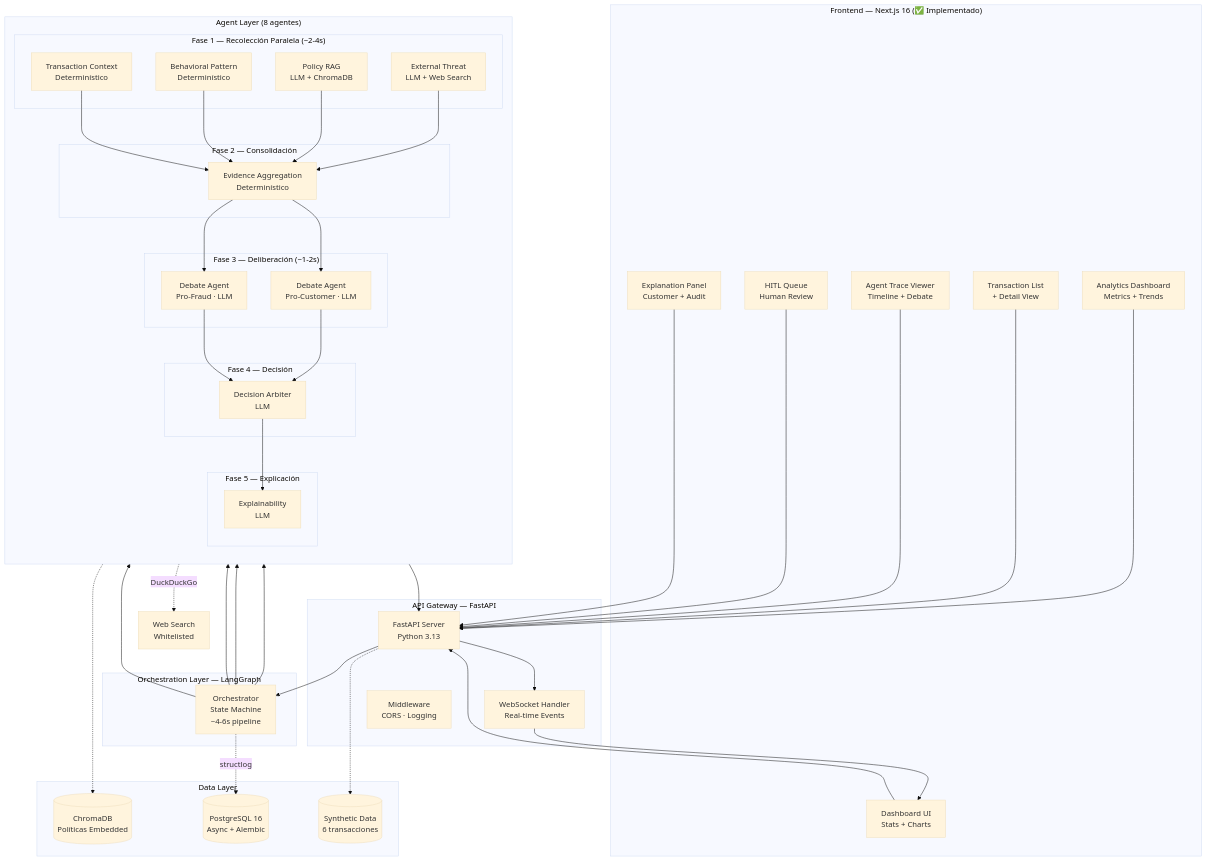
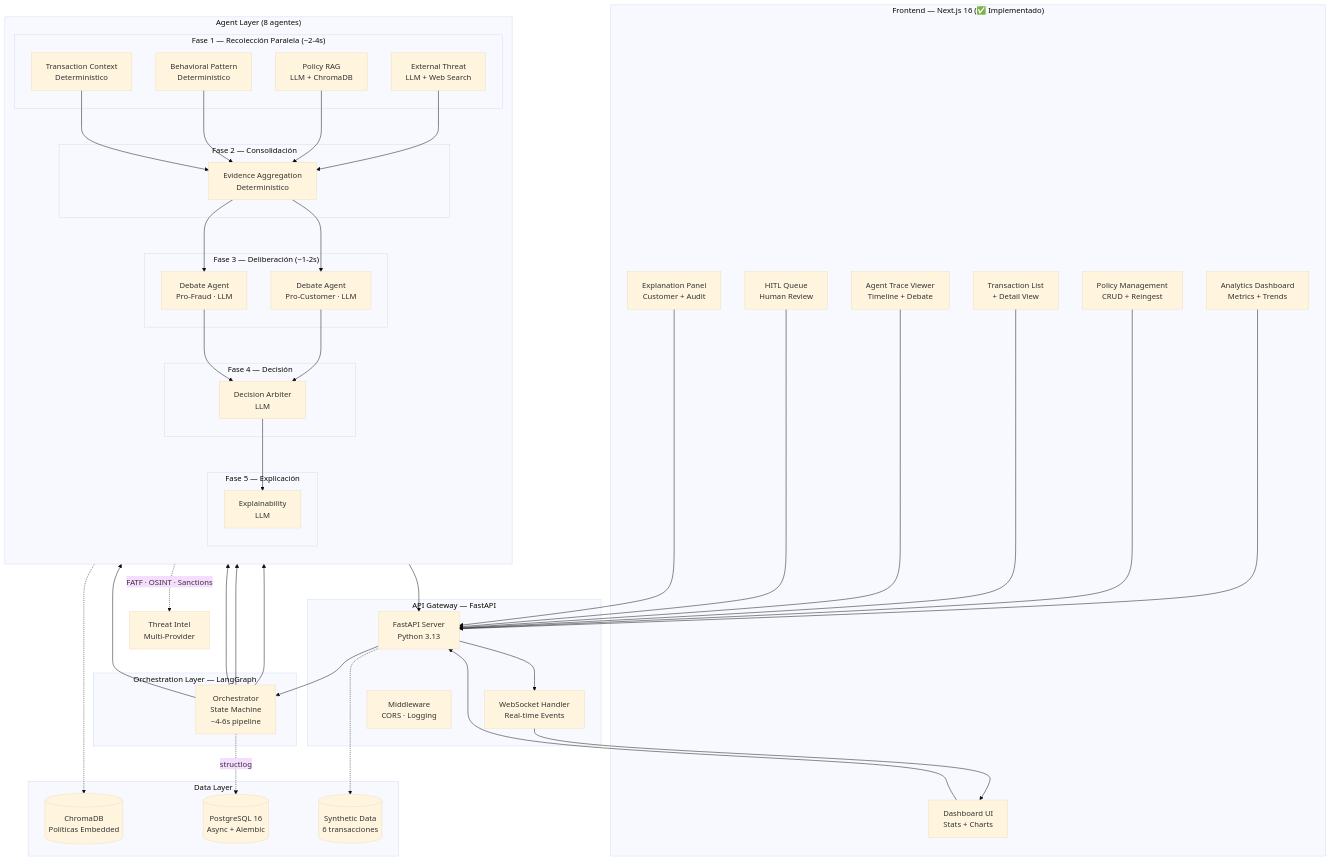
The first of 11 diagrams in .claude/docs/arquitectura-sistema.md (miguelsff/fraud-detection-multi-agent-system), drawn with Mermaid (base theme) before and after one commit. The commit also changed other lines of this file and 88 other files, not shown here.

````diff
--- a/.claude/docs/arquitectura-sistema.md
+++ b/.claude/docs/arquitectura-sistema.md
@@ -42,66 +47,67 @@
 ```mermaid
 graph TB
     subgraph "Frontend — Next.js 16 (✅ Implementado)"
         UI[Dashboard UI<br/>Stats + Charts]
         TL[Transaction List<br/>+ Detail View]
         AT[Agent Trace Viewer<br/>Timeline + Debate]
         HQ[HITL Queue<br/>Human Review]
         EP[Explanation Panel<br/>Customer + Audit]
         AN[Analytics Dashboard<br/>Metrics + Trends]
+        PL[Policy Management<br/>CRUD + Reingest]
     end
 
     subgraph "API Gateway — FastAPI"
         API[FastAPI Server<br/>Python 3.13]
         WS[WebSocket Handler<br/>Real-time Events]
         MW[Middleware<br/>CORS · Logging]
     end
 
     subgraph "Orchestration Layer — LangGraph"
         ORC[Orchestrator<br/>State Machine<br/>~4-6s pipeline]
     end
 
     subgraph "Agent Layer (8 agentes)"
         direction TB
         subgraph "Fase 1 — Recolección Paralela (~2-4s)"
             TCA[Transaction Context<br/>Determinístico]
             BPA[Behavioral Pattern<br/>Determinístico]
             PRA[Policy RAG<br/>LLM + ChromaDB]
             ETA[External Threat<br/>LLM + Web Search]
         end
         subgraph "Fase 2 — Consolidación"
             EAA[Evidence Aggregation<br/>Determinístico]
         end
         subgraph "Fase 3 — Deliberación (~1-2s)"
             DPF[Debate Agent<br/>Pro-Fraud · LLM]
             DPC[Debate Agent<br/>Pro-Customer · LLM]
         end
         subgraph "Fase 4 — Decisión"
             DAR[Decision Arbiter<br/>LLM]
         end
         subgraph "Fase 5 — Explicación"
             EXP[Explainability<br/>LLM]
         end
     end
 
     subgraph "Data Layer"
         CDB[(ChromaDB<br/>Políticas Embedded)]
         SQL[(PostgreSQL 16<br/>Async + Alembic)]
         SYN[(Synthetic Data<br/>6 transacciones)]
     end
 
-    UI & AN --> API
+    UI & AN & PL --> API
     TL & AT & HQ & EP --> API
     API --> ORC
     ORC --> TCA & BPA & PRA & ETA
     TCA & BPA & PRA & ETA --> EAA
     EAA --> DPF & DPC
     DPF & DPC --> DAR
     DAR --> EXP
     EXP --> API
     API --> WS --> UI
 
     PRA -.-> CDB
-    ETA -.->|DuckDuckGo| EXT[Web Search<br/>Whitelisted]
+    ETA -.->|FATF · OSINT · Sanctions| EXT[Threat Intel<br/>Multi-Provider]
     ORC -.->|structlog| SQL
     API -.-> SYN
 ```
````
